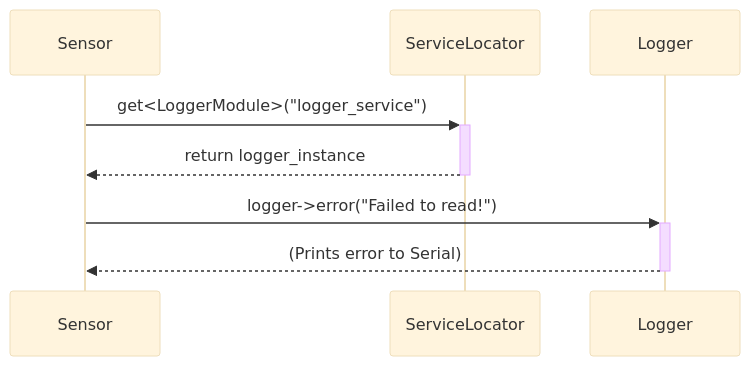
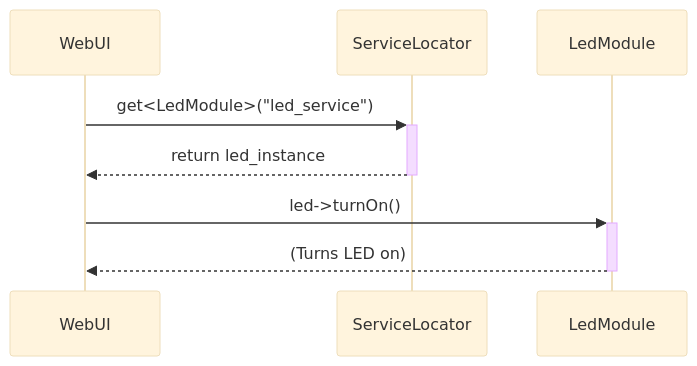
The second of 2 diagrams in docs/03-Core concepts/communication-patterns.md (magradze/Nextino), drawn with Mermaid (base theme) before and after one commit. The commit also changed other lines of this file and 73 other files, not shown here.

````diff
--- a/docs/03-Core concepts/communication-patterns.md
+++ b/docs/03-Core concepts/communication-patterns.md
@@ -62,11 +62,11 @@
 ```mermaid
 sequenceDiagram
-    participant Sensor
+    participant WebUI
     participant ServiceLocator
-    participant Logger
+    participant LedModule
 
-    Sensor->>+ServiceLocator: get<LoggerModule>("logger_service")
-    ServiceLocator-->>-Sensor: return logger_instance
-    Sensor->>+Logger: logger->error("Failed to read!")
-    Logger-->>-Sensor: (Prints error to Serial)
+    WebUI->>+ServiceLocator: get<LedModule>("led_service")
+    ServiceLocator-->>-WebUI: return led_instance
+    WebUI->>+LedModule: led->turnOn()
+    LedModule-->>-WebUI: (Turns LED on)
 ```
````
